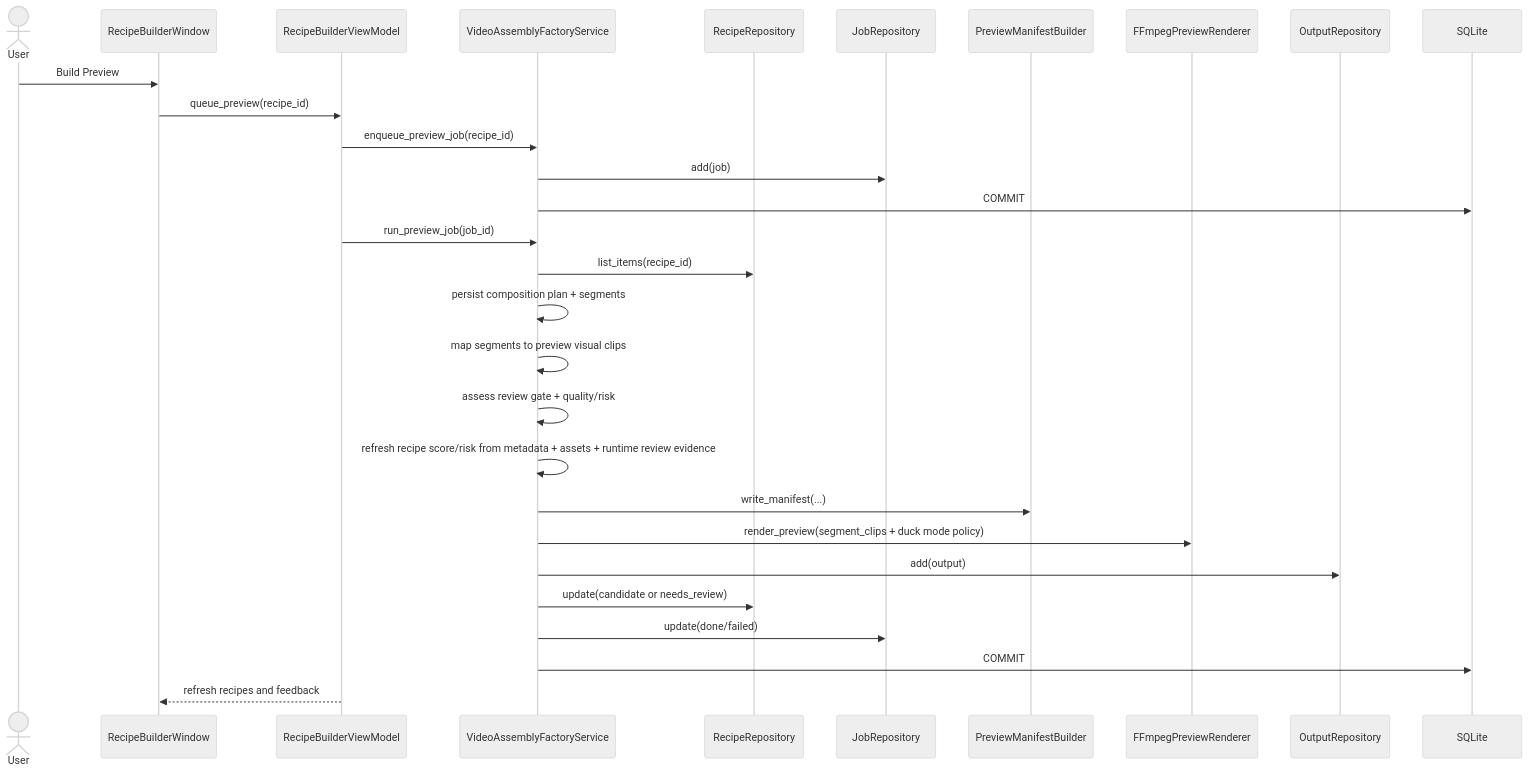
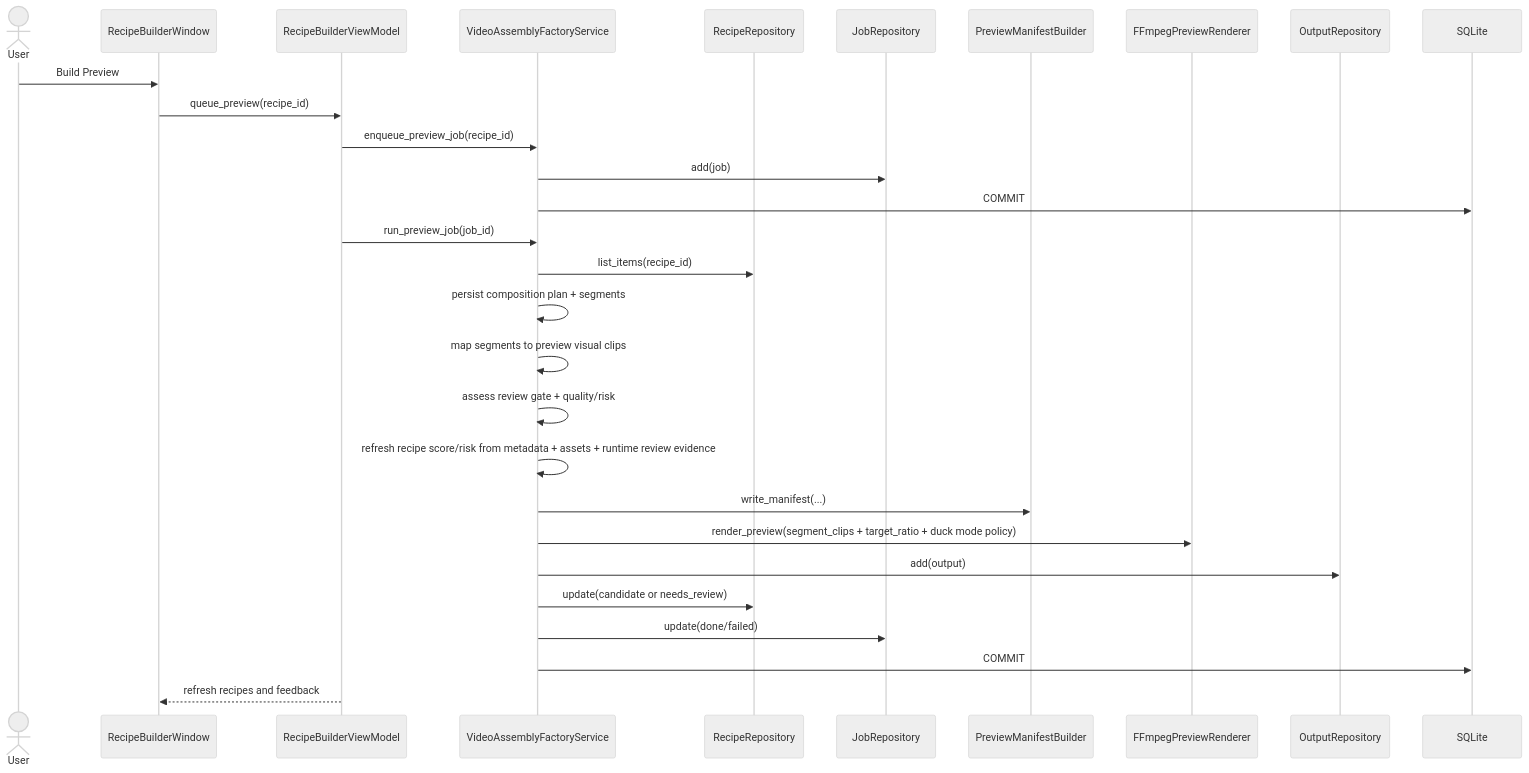
One commit to idev006/MTClipFactory changed the sixth of 16 diagrams in doc/10_UML_System_Overview.md. Above: the diagram before and after it, drawn with Mermaid (neutral theme). The commit also changed other lines of this file and 18 other files, not shown here.

Commit message:
Add asset maintenance and target-ratio normalization

````diff
--- a/doc/10_UML_System_Overview.md
+++ b/doc/10_UML_System_Overview.md
@@ -399,32 +444,32 @@
 ```mermaid
 sequenceDiagram
     actor User
     participant View as RecipeBuilderWindow
     participant VM as RecipeBuilderViewModel
     participant Factory as VideoAssemblyFactoryService
     participant RecipeRepo as RecipeRepository
     participant JobRepo as JobRepository
     participant Preview as PreviewManifestBuilder
     participant Render as FFmpegPreviewRenderer
     participant Out as OutputRepository
     participant DB as SQLite
 
     User->>View: Build Preview
     View->>VM: queue_preview(recipe_id)
     VM->>Factory: enqueue_preview_job(recipe_id)
     Factory->>JobRepo: add(job)
     Factory->>DB: COMMIT
     VM->>Factory: run_preview_job(job_id)
     Factory->>RecipeRepo: list_items(recipe_id)
     Factory->>Factory: persist composition plan + segments
     Factory->>Factory: map segments to preview visual clips
     Factory->>Factory: assess review gate + quality/risk
     Factory->>Factory: refresh recipe score/risk from metadata + assets + runtime review evidence
     Factory->>Preview: write_manifest(...)
-    Factory->>Render: render_preview(segment_clips + duck mode policy)
+    Factory->>Render: render_preview(segment_clips + target_ratio + duck mode policy)
     Factory->>Out: add(output)
     Factory->>RecipeRepo: update(candidate or needs_review)
     Factory->>JobRepo: update(done/failed)
     Factory->>DB: COMMIT
     VM-->>View: refresh recipes and feedback
 ```
````
